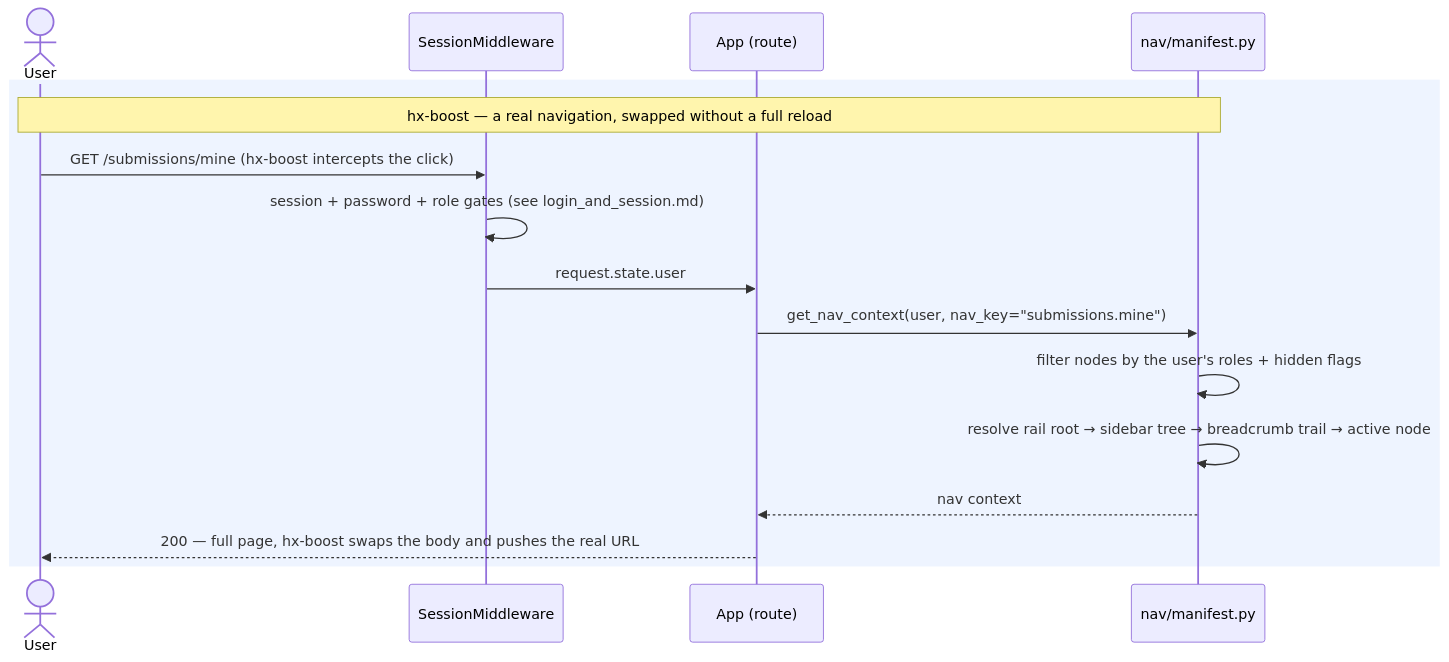
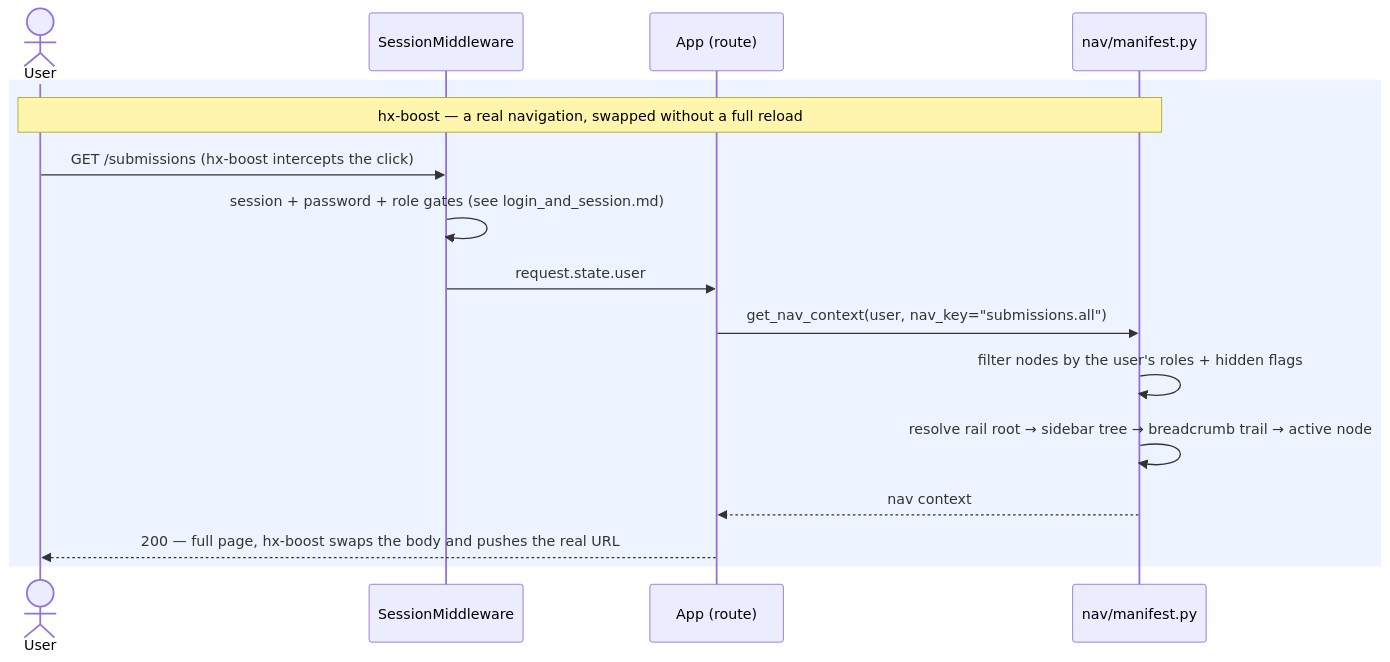
Before and after one commit to anilvenugopal/risk-workbench: the first of 2 diagrams in docs/sequence_diagrams/shell/navigate_and_health.md, drawn with Mermaid. The commit also changed 9 other files, not shown here.

````diff
--- a/docs/sequence_diagrams/shell/navigate_and_health.md
+++ b/docs/sequence_diagrams/shell/navigate_and_health.md
@@ -23,19 +23,19 @@
 ```mermaid
 sequenceDiagram
     actor User
     participant MW as SessionMiddleware
     participant App as App (route)
     participant M as nav/manifest.py
 
     rect rgb(238,244,255)
         Note over User,M: hx-boost — a real navigation, swapped without a full reload
-        User->>MW: GET /submissions/mine  (hx-boost intercepts the click)
+        User->>MW: GET /submissions  (hx-boost intercepts the click)
         MW->>MW: session + password + role gates (see login_and_session.md)
         MW->>App: request.state.user
-        App->>M: get_nav_context(user, nav_key="submissions.mine")
+        App->>M: get_nav_context(user, nav_key="submissions.all")
         M->>M: filter nodes by the user's roles + hidden flags
         M->>M: resolve rail root → sidebar tree → breadcrumb trail → active node
         M-->>App: nav context
         App-->>User: 200 — full page, hx-boost swaps the body and pushes the real URL
     end
 ```
````
